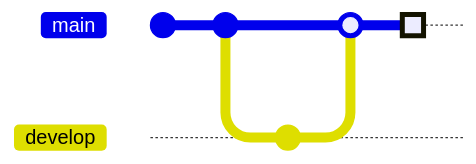
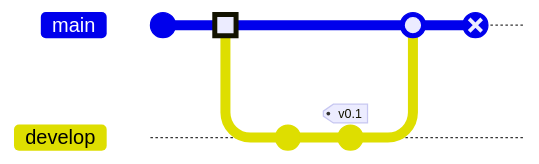
Before and after one commit to tangledgroup/tangled-skills: the third of 25 diagrams in .agents/skills/mermaid-11-14-0/references/06-other-diagrams.md, drawn with Mermaid. The commit also changed other lines of this file and 15 other files, not shown here. Commit ids are hidden.

First line of the commit message:
chore: regenerate mermaid skill and create rsync 3.4.1 skill with full documentation

````diff
--- a/.agents/skills/mermaid-11-14-0/references/06-other-diagrams.md
+++ b/.agents/skills/mermaid-11-14-0/references/06-other-diagrams.md
@@ -38,11 +46,12 @@
 ```mermaid
 gitGraph
     commit id: "Alpha"
-    commit id: "Beta"
+    commit id: "Beta" type: HIGHLIGHT
     branch develop
     checkout develop
     commit id: "Feature"
+    commit tag: "v0.1"
     checkout main
     merge develop
-    commit id: "Release" type: HIGHLIGHT
+    commit id: "Release" type: REVERSE
 ```
````
